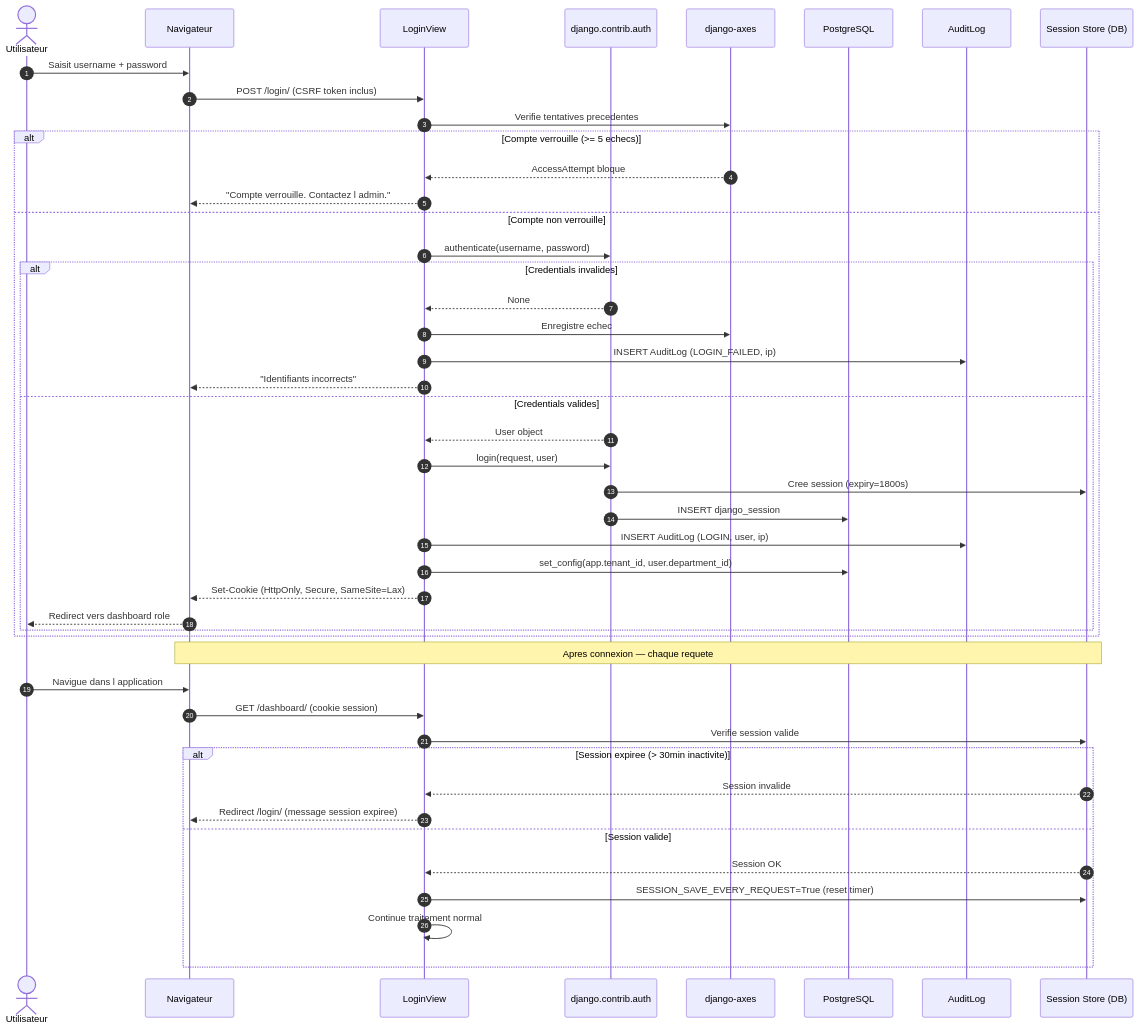
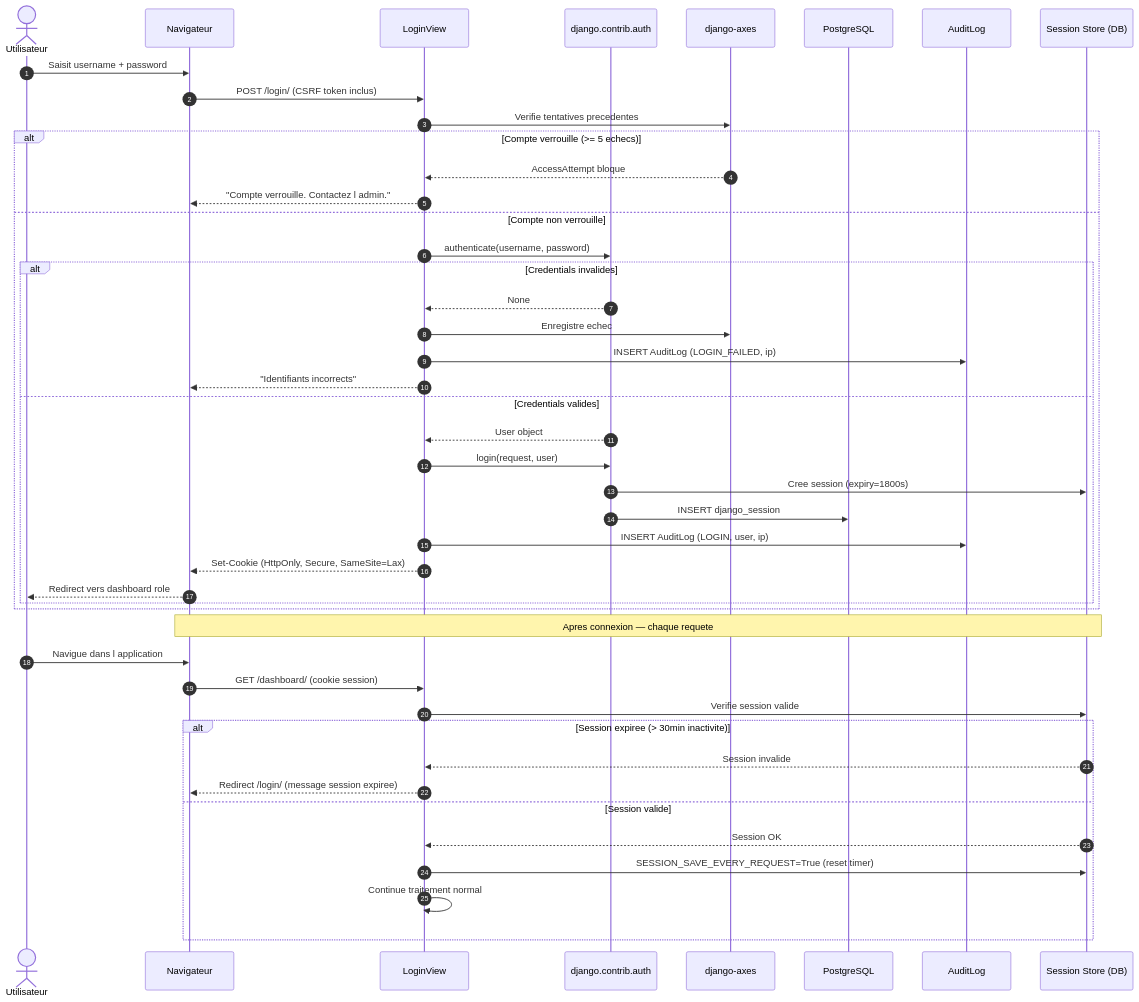
Before and after one commit to Tchendjou2003/bicec--Sentinel: diagram 12 of 26 in _bmad-output/planning-artifacts/system-diagrams.md, drawn with Mermaid. The commit also changed other lines of this file, not shown here.

Commit message:
docs(bmad): mise à jour system-diagrams.md v2.0

````diff
--- a/_bmad-output/planning-artifacts/system-diagrams.md
+++ b/_bmad-output/planning-artifacts/system-diagrams.md
@@ -921,52 +960,51 @@
 ```mermaid
 sequenceDiagram
     autonumber
     actor USER as Utilisateur
     participant HTML as Navigateur
     participant VUE as LoginView
     participant AUTH as django.contrib.auth
     participant AXES as django-axes
     participant DB as PostgreSQL
     participant LOG as AuditLog
     participant SESS as Session Store (DB)
 
     USER->>HTML: Saisit username + password
     HTML->>VUE: POST /login/ (CSRF token inclus)
 
     VUE->>AXES: Verifie tentatives precedentes
     alt Compte verrouille (>= 5 echecs)
         AXES-->>VUE: AccessAttempt bloque
         VUE-->>HTML: "Compte verrouille. Contactez l admin."
     else Compte non verrouille
         VUE->>AUTH: authenticate(username, password)
         alt Credentials invalides
             AUTH-->>VUE: None
             VUE->>AXES: Enregistre echec
             VUE->>LOG: INSERT AuditLog (LOGIN_FAILED, ip)
             VUE-->>HTML: "Identifiants incorrects"
         else Credentials valides
             AUTH-->>VUE: User object
             VUE->>AUTH: login(request, user)
             AUTH->>SESS: Cree session (expiry=1800s)
             AUTH->>DB: INSERT django_session
             VUE->>LOG: INSERT AuditLog (LOGIN, user, ip)
-            VUE->>DB: set_config(app.tenant_id, user.department_id)
             VUE-->>HTML: Set-Cookie (HttpOnly, Secure, SameSite=Lax)
             HTML-->>USER: Redirect vers dashboard role
         end
     end
 
     Note over HTML, SESS: Apres connexion — chaque requete
 
     USER->>HTML: Navigue dans l application
     HTML->>VUE: GET /dashboard/ (cookie session)
     VUE->>SESS: Verifie session valide
     alt Session expiree (> 30min inactivite)
         SESS-->>VUE: Session invalide
         VUE-->>HTML: Redirect /login/ (message session expiree)
     else Session valide
         SESS-->>VUE: Session OK
         VUE->>SESS: SESSION_SAVE_EVERY_REQUEST=True (reset timer)
         VUE->>VUE: Continue traitement normal
     end
 ```
````
